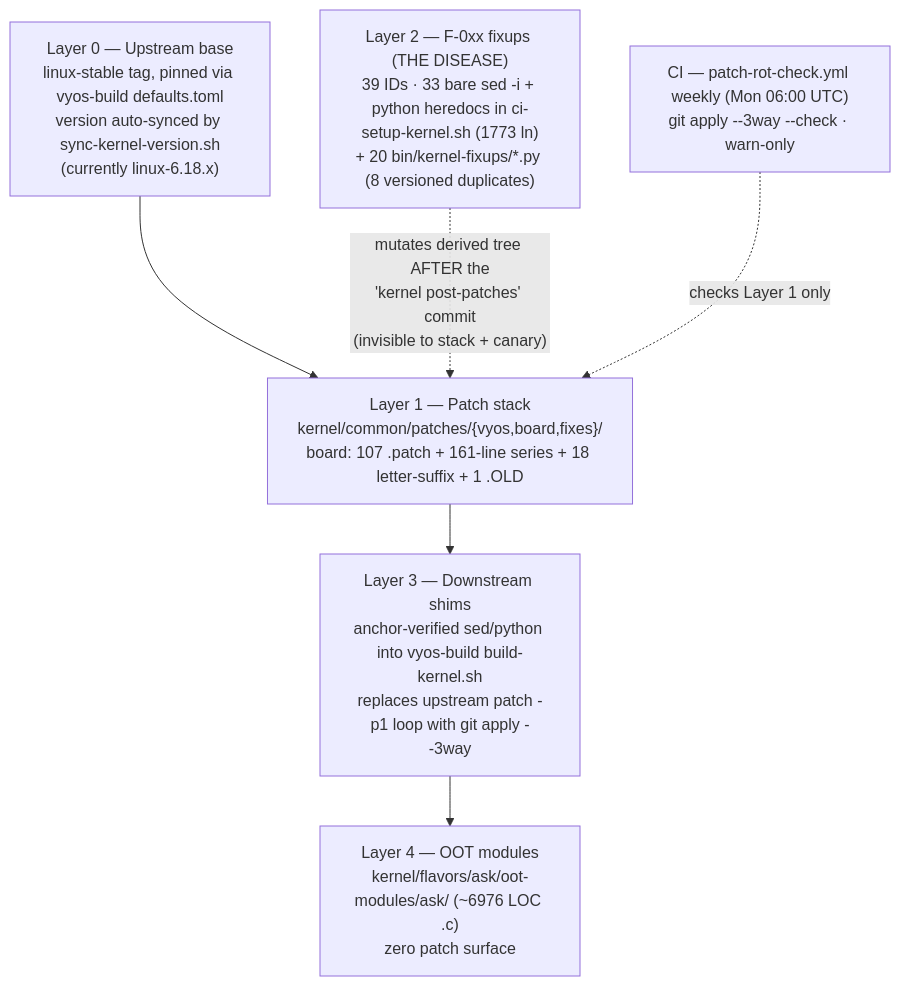
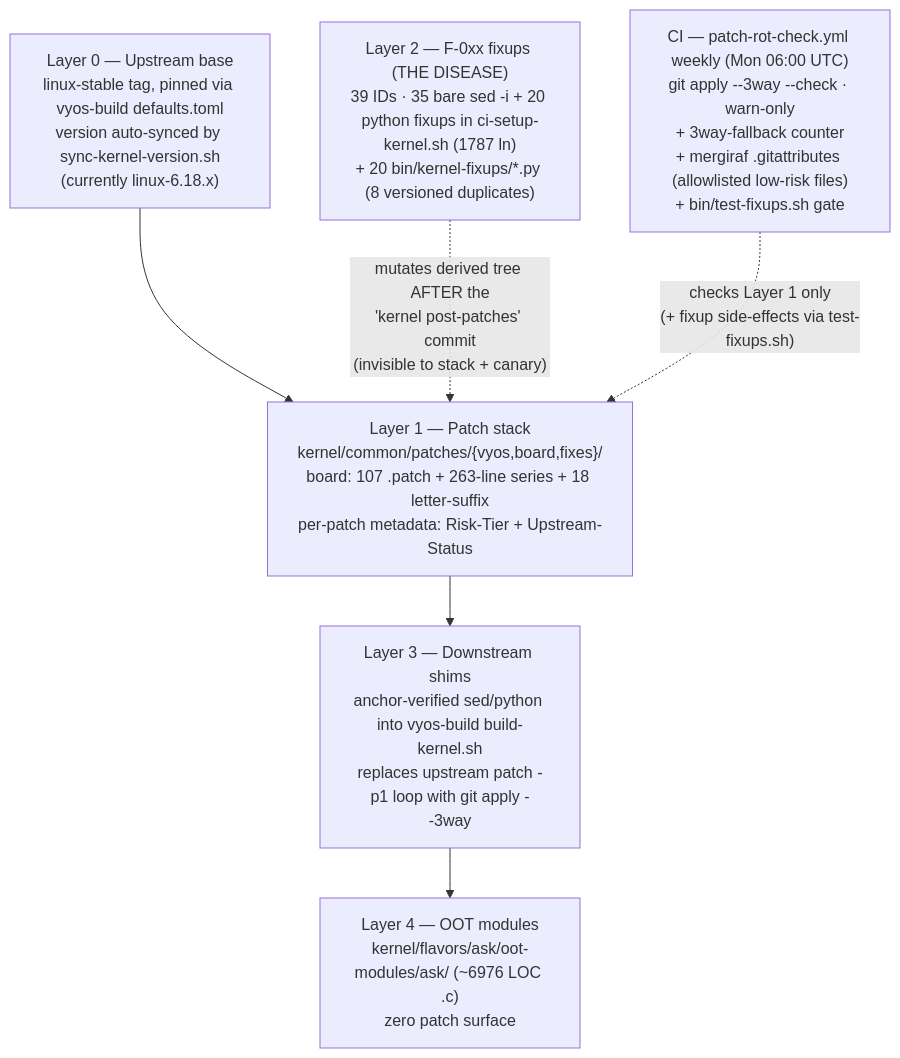
The diagram in plans/TA-2026-07-18-002-patch-architecture.md (Daegara/vyos-ls1046a-build), drawn with Mermaid before and after one commit. The commit also changed other lines of this file and 4 other files, not shown here.

First line of the commit message:
IP-003: R5 sed→mutate conversions, R5b test-fixups path, R5c --check mode

````diff
--- a/plans/TA-2026-07-18-002-patch-architecture.md
+++ b/plans/TA-2026-07-18-002-patch-architecture.md
@@ -81,15 +93,15 @@
 ```mermaid
 flowchart TD
     L0["Layer 0 — Upstream base<br/>linux-stable tag, pinned via vyos-build defaults.toml<br/>version auto-synced by sync-kernel-version.sh<br/>(currently linux-6.18.x)"]
-    L1["Layer 1 — Patch stack<br/>kernel/common/patches/{vyos,board,fixes}/<br/>board: 107 .patch + 161-line series + 18 letter-suffix + 1 .OLD"]
-    L2["Layer 2 — F-0xx fixups (THE DISEASE)<br/>39 IDs · 33 bare sed -i + python heredocs in ci-setup-kernel.sh (1773 ln)<br/>+ 20 bin/kernel-fixups/*.py (8 versioned duplicates)"]
+    L1["Layer 1 — Patch stack<br/>kernel/common/patches/{vyos,board,fixes}/<br/>board: 107 .patch + 263-line series + 18 letter-suffix<br/>per-patch metadata: Risk-Tier + Upstream-Status"]
+    L2["Layer 2 — F-0xx fixups (THE DISEASE)<br/>39 IDs · 35 bare sed -i + 20 python fixups in ci-setup-kernel.sh (1787 ln)<br/>+ 20 bin/kernel-fixups/*.py (8 versioned duplicates)"]
     L3["Layer 3 — Downstream shims<br/>anchor-verified sed/python into vyos-build build-kernel.sh<br/>replaces upstream patch -p1 loop with git apply --3way"]
     L4["Layer 4 — OOT modules<br/>kernel/flavors/ask/oot-modules/ask/ (~6976 LOC .c)<br/>zero patch surface"]
-    CI["CI — patch-rot-check.yml weekly (Mon 06:00 UTC)<br/>git apply --3way --check · warn-only"]
+    CI["CI — patch-rot-check.yml weekly (Mon 06:00 UTC)<br/>git apply --3way --check · warn-only<br/>+ 3way-fallback counter<br/>+ mergiraf .gitattributes (allowlisted low-risk files)<br/>+ bin/test-fixups.sh gate"]
 
     L0 --> L1
     L1 --> L3
     L2 -. "mutates derived tree AFTER the<br/>'kernel post-patches' commit<br/>(invisible to stack + canary)" .-> L1
     L3 --> L4
-    CI -. "checks Layer 1 only" .-> L1
+    CI -. "checks Layer 1 only<br/>(+ fixup side-effects via test-fixups.sh)" .-> L1
 ```
````
